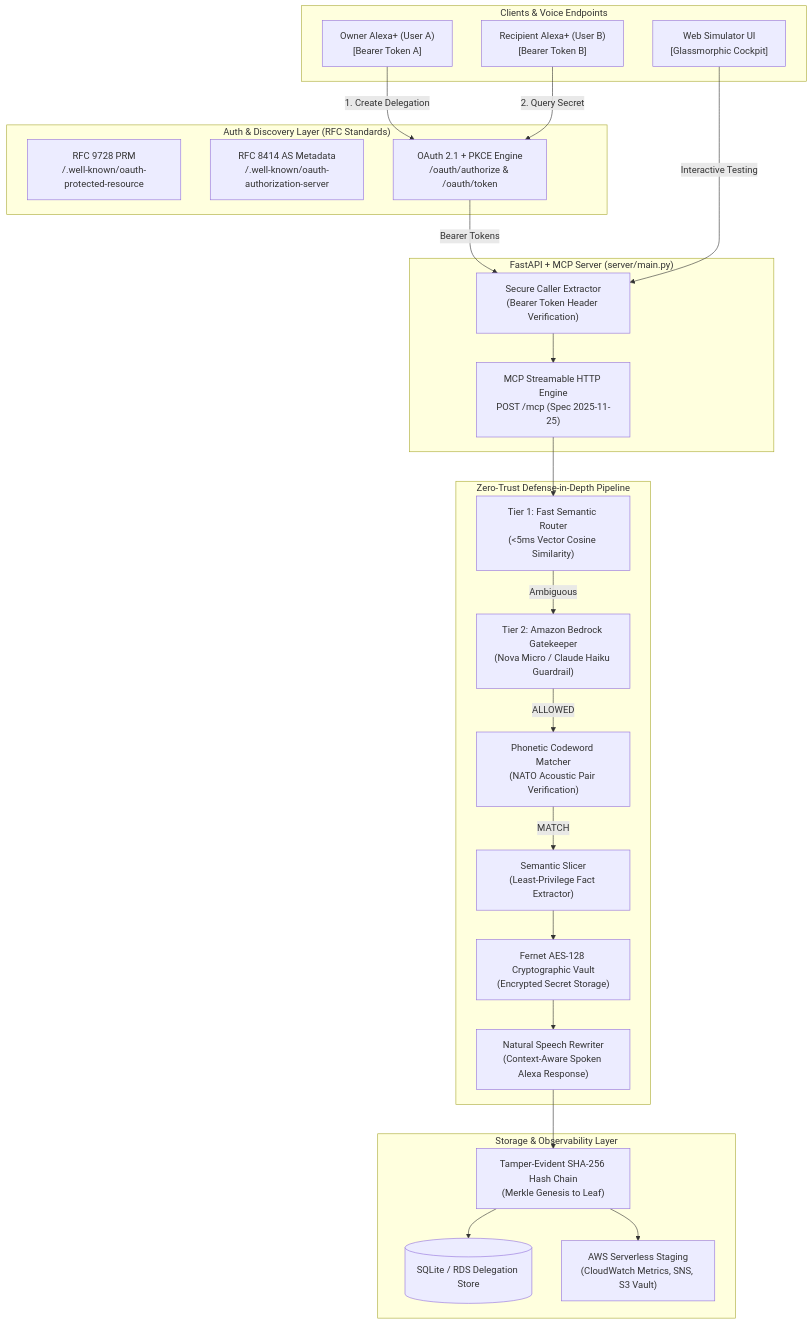
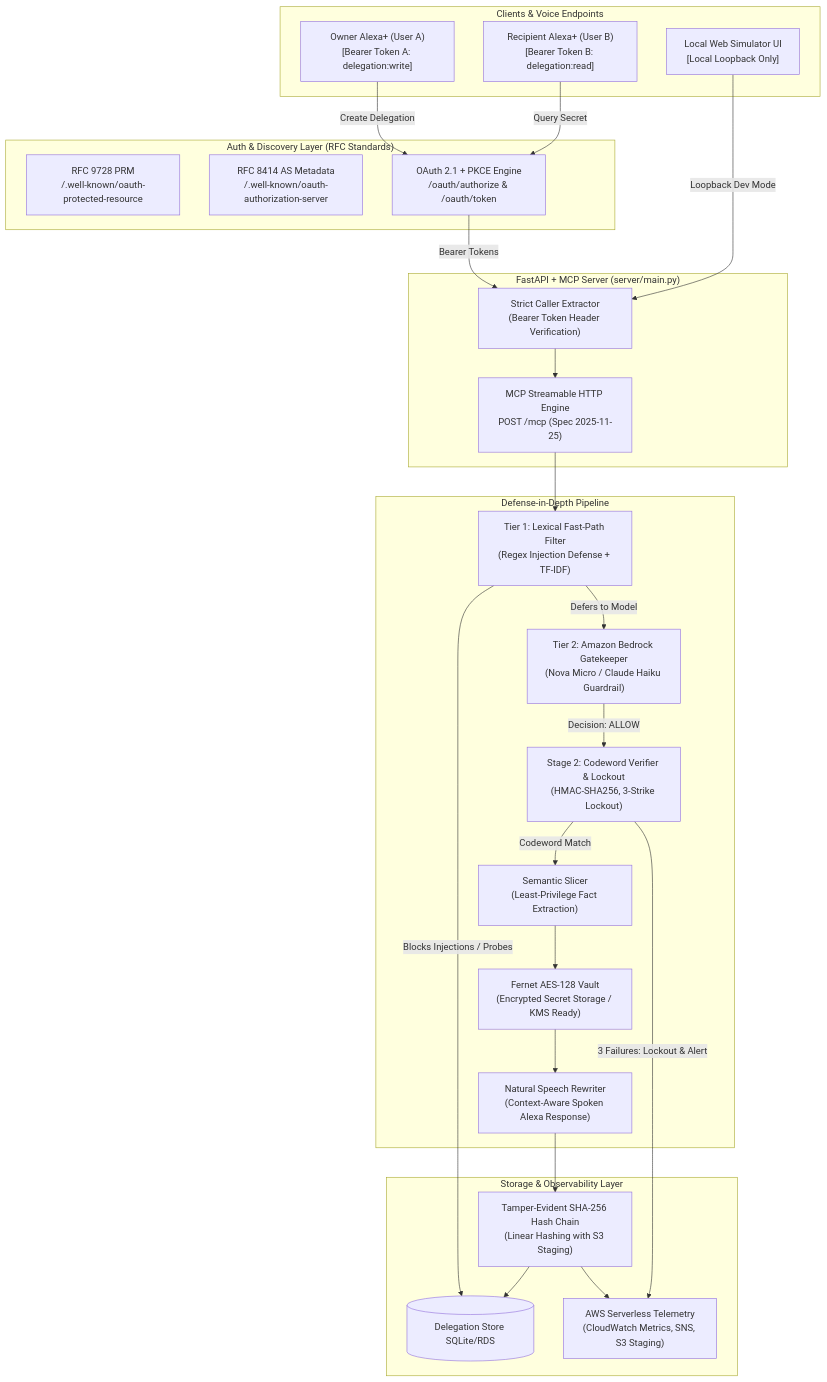
One commit to ProthamD/ADH changed the diagram in HACKATHON_SUBMISSION.md. Above: the diagram before and after it, drawn with Mermaid. The commit also changed other lines of this file and 2 other files, not shown here.

Commit message:
security: harden DEMO_MODE loopback gating, add adversarial tests, and refine architectural threat model

````diff
--- a/HACKATHON_SUBMISSION.md
+++ b/HACKATHON_SUBMISSION.md
@@ -29,49 +29,51 @@
 ```mermaid
 flowchart TD
     subgraph Clients["Clients & Voice Endpoints"]
-        UA["Owner Alexa+ (User A)\n[Bearer Token A]"]
-        UB["Recipient Alexa+ (User B)\n[Bearer Token B]"]
-        SIM["Web Simulator UI\n[Glassmorphic Cockpit]"]
+        UA["Owner Alexa+ (User A)\n[Bearer Token A: delegation:write]"]
+        UB["Recipient Alexa+ (User B)\n[Bearer Token B: delegation:read]"]
+        SIM["Local Web Simulator UI\n[Local Loopback Only]"]
     end
 
     subgraph AuthLayer["Auth & Discovery Layer (RFC Standards)"]
         PRM["RFC 9728 PRM\n/.well-known/oauth-protected-resource"]
         AS["RFC 8414 AS Metadata\n/.well-known/oauth-authorization-server"]
         OAUTH["OAuth 2.1 + PKCE Engine\n/oauth/authorize & /oauth/token"]
     end
 
     subgraph CoreBroker["FastAPI + MCP Server (server/main.py)"]
         MCP["MCP Streamable HTTP Engine\nPOST /mcp (Spec 2025-11-25)"]
-        CALLER["Secure Caller Extractor\n(Bearer Token Header Verification)"]
+        CALLER["Strict Caller Extractor\n(Bearer Token Header Verification)"]
     end
 
-    subgraph DefensePipeline["Zero-Trust Defense-in-Depth Pipeline"]
-        FSR["Tier 1: Fast Semantic Router\n(<5ms Vector Cosine Similarity)"]
+    subgraph DefensePipeline["Defense-in-Depth Pipeline"]
+        LEXICAL["Tier 1: Lexical Fast-Path Filter\n(Regex Injection Defense + TF-IDF)"]
         BEDROCK["Tier 2: Amazon Bedrock Gatekeeper\n(Nova Micro / Claude Haiku Guardrail)"]
-        CW["Phonetic Codeword Matcher\n(NATO Acoustic Pair Verification)"]
-        SLICE["Semantic Slicer\n(Least-Privilege Fact Extractor)"]
-        VAULT["Fernet AES-128 Cryptographic Vault\n(Encrypted Secret Storage)"]
+        CW["Stage 2: Codeword Verifier & Lockout\n(HMAC-SHA256, 3-Strike Lockout)"]
+        SLICE["Semantic Slicer\n(Least-Privilege Fact Extraction)"]
+        VAULT["Fernet AES-128 Vault\n(Encrypted Secret Storage / KMS Ready)"]
         SPEECH["Natural Speech Rewriter\n(Context-Aware Spoken Alexa Response)"]
     end
 
     subgraph StorageObservability["Storage & Observability Layer"]
-        DB[(SQLite / RDS Delegation Store)]
-        AUDIT["Tamper-Evident SHA-256 Hash Chain\n(Merkle Genesis to Leaf)"]
-        AWS_OBS["AWS Serverless Staging\n(CloudWatch Metrics, SNS, S3 Vault)"]
+        DB[(Delegation Store SQLite/RDS)]
+        AUDIT["Tamper-Evident SHA-256 Hash Chain\n(Linear Hashing with S3 Staging)"]
+        AWS_OBS["AWS Serverless Telemetry\n(CloudWatch Metrics, SNS, S3 Staging)"]
     end
 
-    UA -->|1. Create Delegation| OAUTH
-    UB -->|2. Query Secret| OAUTH
+    UA -->|Create Delegation| OAUTH
+    UB -->|Query Secret| OAUTH
     OAUTH -->|Bearer Tokens| CALLER
-    SIM -->|Interactive Testing| CALLER
+    SIM -->|Loopback Dev Mode| CALLER
     CALLER --> MCP
-    MCP --> FSR
-    FSR -->|Ambiguous| BEDROCK
-    BEDROCK -->|ALLOWED| CW
-    CW -->|MATCH| SLICE
+    MCP --> LEXICAL
+    LEXICAL -->|Blocks Injections / Probes| DB
+    LEXICAL -->|Defers to Model| BEDROCK
+    BEDROCK -->|Decision: ALLOW| CW
+    CW -->|Codeword Match| SLICE
+    CW -->|3 Failures: Lockout & Alert| AWS_OBS
     SLICE --> VAULT
     VAULT --> SPEECH
     SPEECH --> AUDIT
     AUDIT --> DB
     AUDIT --> AWS_OBS
 ```
````
